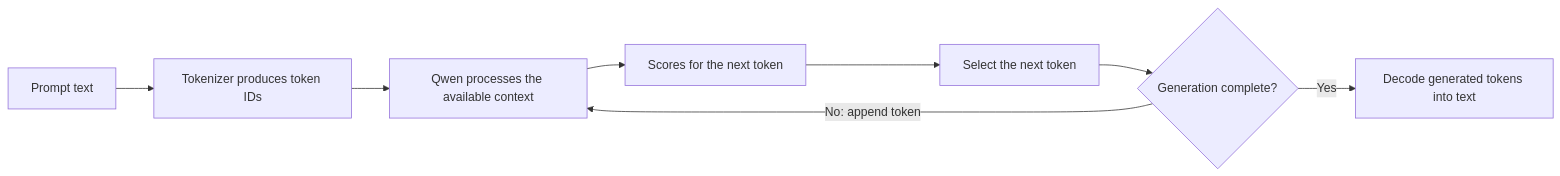
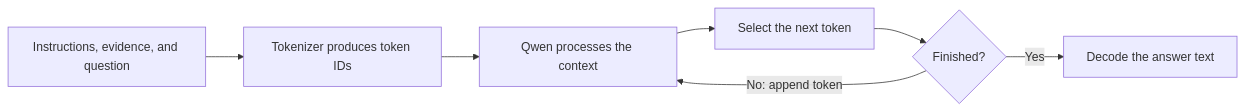
The second of 6 diagrams in docs/ai-pipeline.md (Kongstad/planetary-scanner), drawn with Mermaid before and after one commit. The commit also changed other lines of this file, not shown here.

````diff
--- a/docs/ai-pipeline.md
+++ b/docs/ai-pipeline.md
@@ -80,10 +65,9 @@
 ```mermaid
 flowchart LR
-    PromptText[Prompt text] --> Tokens[Tokenizer produces token IDs]
-    Tokens --> Transformer[Qwen processes the available context]
-    Transformer --> Prediction[Scores for the next token]
-    Prediction --> Selection[Select the next token]
-    Selection --> Continue{Generation complete?}
-    Continue -->|No: append token| Transformer
-    Continue -->|Yes| Output[Decode generated tokens into text]
+    Prompt[Instructions, evidence, and question] --> Tokens[Tokenizer produces token IDs]
+    Tokens --> Qwen[Qwen processes the context]
+    Qwen --> Next[Select the next token]
+    Next --> Complete{Finished?}
+    Complete -->|No: append token| Qwen
+    Complete -->|Yes| Output[Decode the answer text]
 ```
````
